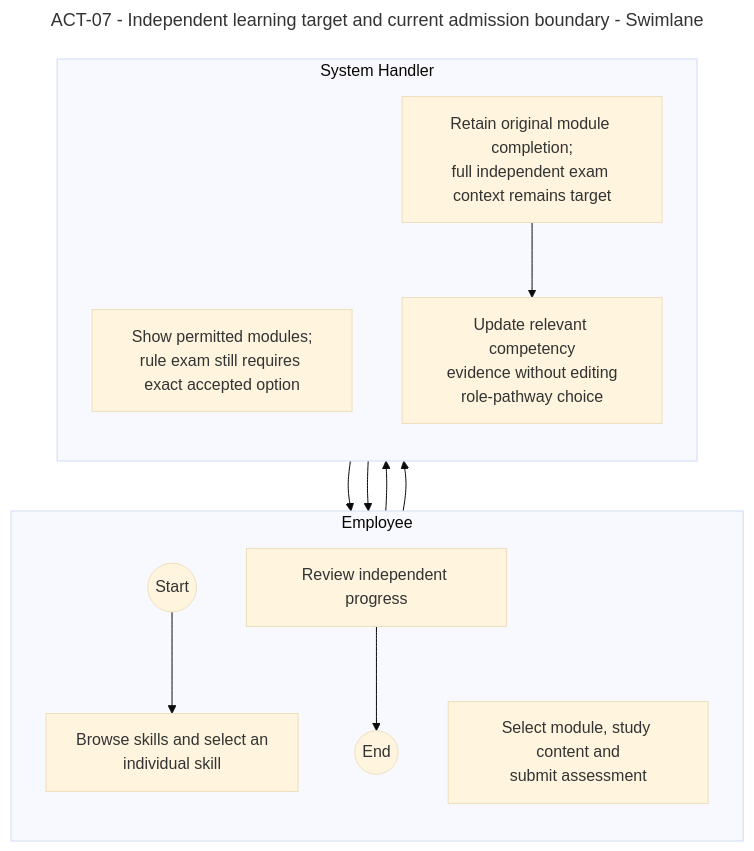
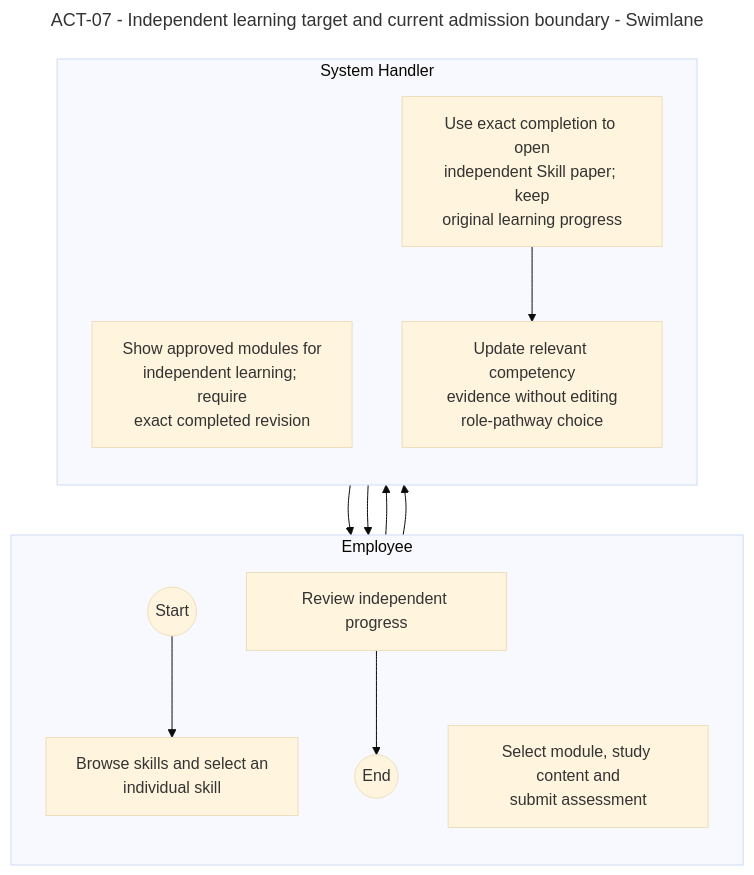
The diagram in documents/diagrams/mermaid/swimlanes/act-07.mmd (SEP490-Fall-2026-GFA26SE64/SEP490), drawn with Mermaid before and after one commit. The commit also changed 136 other files, not shown here.

```diff
--- a/documents/diagrams/mermaid/swimlanes/act-07.mmd
+++ b/documents/diagrams/mermaid/swimlanes/act-07.mmd
@@ -1,28 +1,28 @@
 ---
 title: "ACT-07 - Independent learning target and current admission boundary - Swimlane"
 config: {theme: base, look: classic, flowchart: {htmlLabels: true}}
 ---
 flowchart TD
   subgraph Actor0["Employee"]
     direction TB
     SRS_ACT_07_N1(("Start"))
     SRS_ACT_07_N2["Browse skills and select an<br/>individual skill"]
     SRS_ACT_07_N4["Select module, study content and<br/>submit assessment"]
     SRS_ACT_07_N7["Review independent progress"]
     SRS_ACT_07_N8(("End"))
   end
   subgraph Actor1["System Handler"]
     direction TB
-    SRS_ACT_07_N3["Show permitted modules;<br/>rule exam still requires exact accepted option"]
-    SRS_ACT_07_N5["Retain original module completion;<br/>full independent exam context remains target"]
+    SRS_ACT_07_N3["Show approved modules for<br/>independent learning; require<br/>exact completed revision"]
+    SRS_ACT_07_N5["Use exact completion to open<br/>independent Skill paper; keep<br/>original learning progress"]
     SRS_ACT_07_N6["Update relevant competency<br/>evidence without editing<br/>role-pathway choice"]
   end
   SRS_ACT_07_N1 --> SRS_ACT_07_N2
   SRS_ACT_07_N2 --> SRS_ACT_07_N3
   SRS_ACT_07_N3 --> SRS_ACT_07_N4
   SRS_ACT_07_N4 --> SRS_ACT_07_N5
   SRS_ACT_07_N5 --> SRS_ACT_07_N6
   SRS_ACT_07_N6 --> SRS_ACT_07_N7
   SRS_ACT_07_N7 --> SRS_ACT_07_N8
 
   %% Fixed actor-column layout is exported by render-business-swimlanes.cjs.
```
